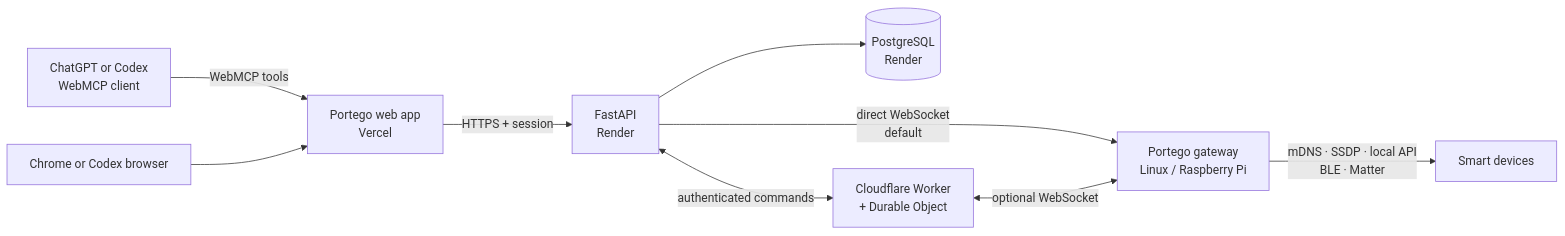
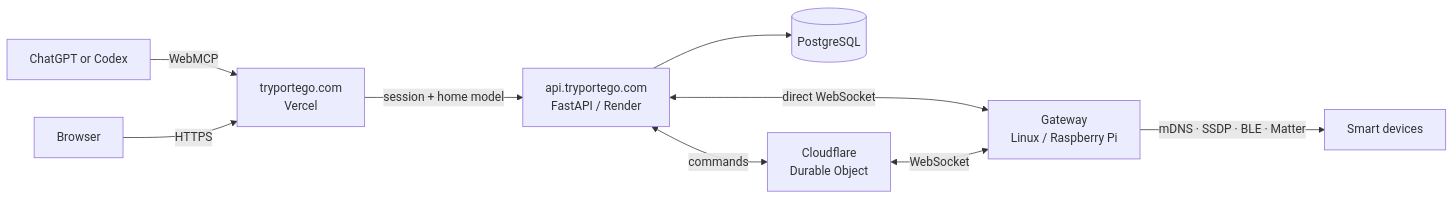
The diagram in README.md (itsperini/portego), drawn with Mermaid before and after one commit. The commit also changed other lines of this file and 3 other files, not shown here.

````diff
--- a/README.md
+++ b/README.md
@@ -63,11 +48,20 @@
 ```mermaid
 flowchart LR
-    A[ChatGPT or Codex<br/>WebMCP client] -->|WebMCP tools| W
-    B[Chrome or Codex browser] --> W[Portego web app<br/>Vercel]
-    W -->|HTTPS + session| API[FastAPI<br/>Render]
-    API --> DB[(PostgreSQL<br/>Render)]
-    API -->|direct WebSocket<br/>default| G[Portego gateway<br/>Linux / Raspberry Pi]
-    API <-->|authenticated commands| CF[Cloudflare Worker<br/>+ Durable Object]
-    CF <-->|optional WebSocket| G
-    G -->|mDNS · SSDP · local API<br/>BLE · Matter| D[Smart devices]
+    C[ChatGPT or Codex]
+    B[Browser]
+    WEB[tryportego.com<br/>Vercel]
+    API[api.tryportego.com<br/>FastAPI / Render]
+    DB[(PostgreSQL)]
+    CF[Cloudflare<br/>Durable Object]
+    G[Gateway<br/>Linux / Raspberry Pi]
+    D[Smart devices]
+
+    C -->|WebMCP| WEB
+    B -->|HTTPS| WEB
+    WEB -->|session + home model| API
+    API --> DB
+    API <-->|direct WebSocket| G
+    API <-->|commands| CF
+    CF <-->|WebSocket| G
+    G -->|mDNS · SSDP · BLE · Matter| D
 ```
````
